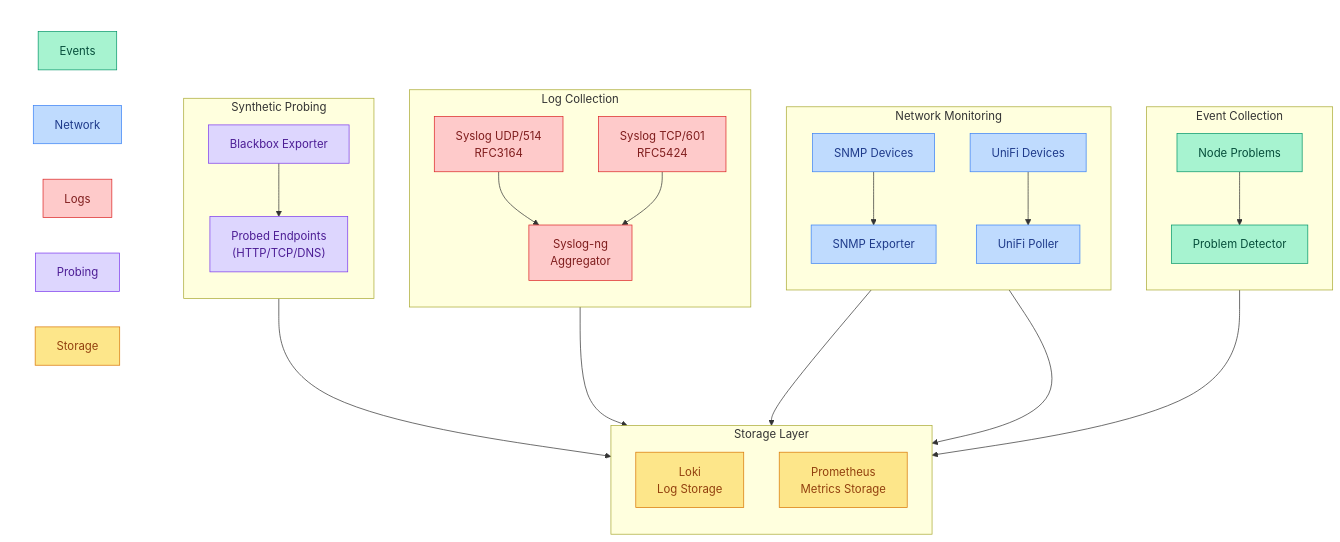
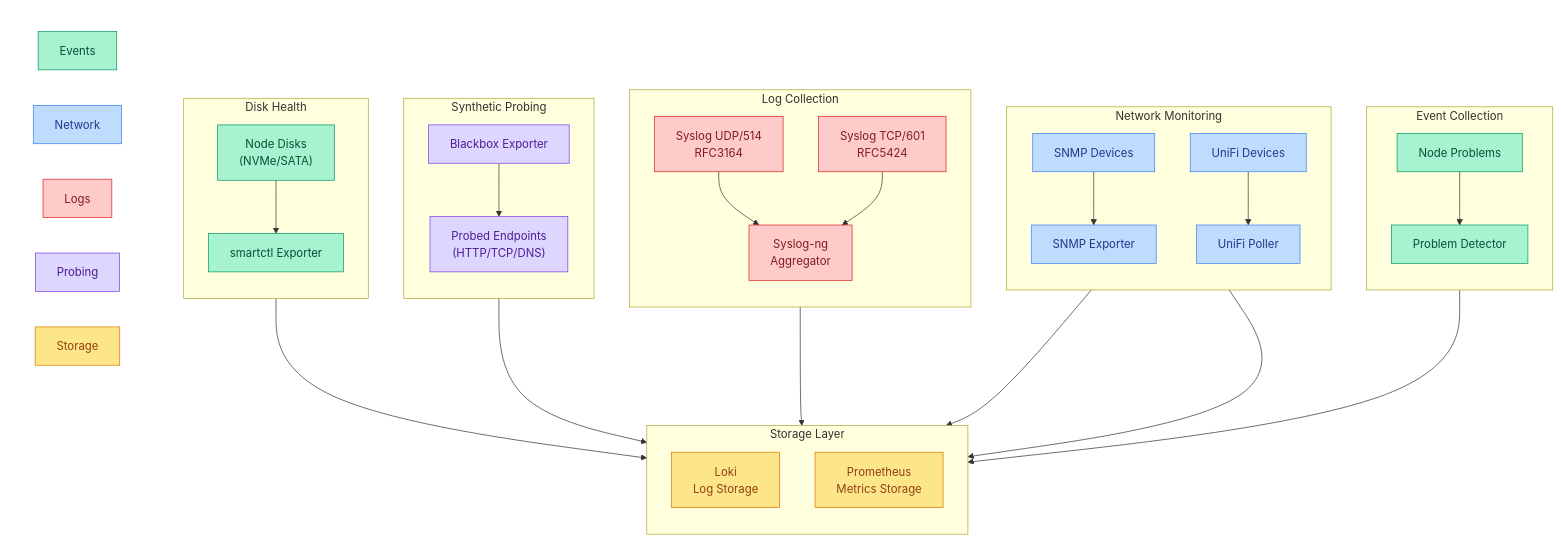
Before and after one commit to ppat/homelab-ops-kubernetes-apps: the diagram in infrastructure/subsystems/observability-extra/README.md, drawn with Mermaid. The commit also changed other lines of this file and 7 other files, not shown here.

```diff
--- a/infrastructure/subsystems/observability-extra/README.md
+++ b/infrastructure/subsystems/observability-extra/README.md
@@ -95,6 +104,13 @@
         blackbox-exporter["Blackbox Exporter"]:::probe
     end
 
+    %% Disk Health
+    subgraph disks["Disk Health"]
+        direction TB
+        node-disks["Node Disks<br/>(NVMe/SATA)"]:::event
+        smartctl-exporter["smartctl Exporter"]:::event
+    end
+
     %% Storage
     subgraph storage["Storage Layer"]
         direction TB
@@ -105,6 +121,10 @@
     %% Event Flow
     node-problems --> problem-detector
     problem-detector --> prometheus
+
+    %% Disk Flow
+    node-disks --> smartctl-exporter
+    smartctl-exporter --> prometheus
 
     %% Network Flow
     snmp-devices --> snmp-exporter
```
